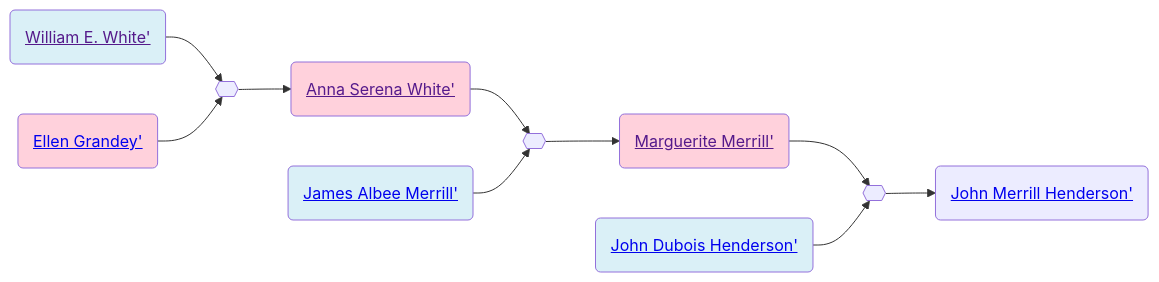
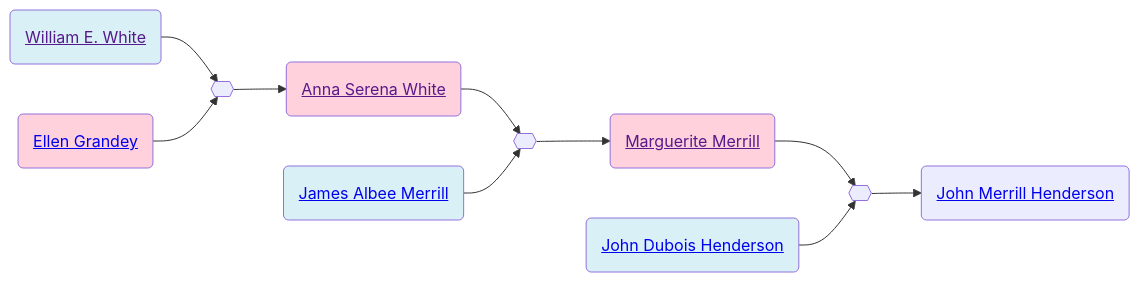
Before and after one commit to neelsmith/avocational: the second of 2 diagrams in familyhistory/sources/people/Merrill-line/White-line/William_E._White.qmd, drawn with Mermaid. The commit also changed other lines of this file and 96 other files, not shown here.

````diff
--- a/familyhistory/sources/people/Merrill-line/White-line/William_E._White.qmd
+++ b/familyhistory/sources/people/Merrill-line/White-line/William_E._White.qmd
@@ -73,26 +73,26 @@
 ```{mermaid}
 graph LR
 %% LR descendant diagram
 class William_E._White_and_Ellen_Grandey marriage
-William_E._White(<a href=''>William E. White'</>) --> William_E._White_and_Ellen_Grandey{{ }}
-Ellen_Grandey(<a href='./../Grandey-line/Ellen_Grandey.html'>Ellen Grandey'</>) --> William_E._White_and_Ellen_Grandey{{ }}
+William_E._White(<a href=''>William E. White</a>) --> William_E._White_and_Ellen_Grandey{{ }}
+Ellen_Grandey(<a href='./../Grandey-line/Ellen_Grandey.html'>Ellen Grandey</a>) --> William_E._White_and_Ellen_Grandey{{ }}
 class William_E._White father
 class Ellen_Grandey mother
-William_E._White_and_Ellen_Grandey{{ }} --> Anna_Serena_White(<a href='./Anna_Serena_White.html'>Anna Serena White'</>)
+William_E._White_and_Ellen_Grandey{{ }} --> Anna_Serena_White(<a href='./Anna_Serena_White.html'>Anna Serena White</a>)
 class Anna_Serena_White_and_James_Albee_Merrill marriage
-Anna_Serena_White(<a href=''>Anna Serena White'</>) --> Anna_Serena_White_and_James_Albee_Merrill{{ }}
-James_Albee_Merrill(<a href='./../James_Albee_Merrill.html'>James Albee Merrill'</>) --> Anna_Serena_White_and_James_Albee_Merrill{{ }}
+Anna_Serena_White(<a href=''>Anna Serena White</a>) --> Anna_Serena_White_and_James_Albee_Merrill{{ }}
+James_Albee_Merrill(<a href='./../James_Albee_Merrill.html'>James Albee Merrill</a>) --> Anna_Serena_White_and_James_Albee_Merrill{{ }}
 class James_Albee_Merrill father
 class Anna_Serena_White mother
-Anna_Serena_White_and_James_Albee_Merrill{{ }} --> Marguerite_Merrill(<a href='./../Marguerite_Merrill.html'>Marguerite Merrill'</>)
+Anna_Serena_White_and_James_Albee_Merrill{{ }} --> Marguerite_Merrill(<a href='./../Marguerite_Merrill.html'>Marguerite Merrill</a>)
 class Marguerite_Merrill_and_John_Dubois_Henderson marriage
-Marguerite_Merrill(<a href=''>Marguerite Merrill'</>) --> Marguerite_Merrill_and_John_Dubois_Henderson{{ }}
-John_Dubois_Henderson(<a href='./../Henderson-line/John_Dubois_Henderson.html'>John Dubois Henderson'</>) --> Marguerite_Merrill_and_John_Dubois_Henderson{{ }}
+Marguerite_Merrill(<a href=''>Marguerite Merrill</a>) --> Marguerite_Merrill_and_John_Dubois_Henderson{{ }}
+John_Dubois_Henderson(<a href='./../Henderson-line/John_Dubois_Henderson.html'>John Dubois Henderson</a>) --> Marguerite_Merrill_and_John_Dubois_Henderson{{ }}
 class John_Dubois_Henderson father
 class Marguerite_Merrill mother
-Marguerite_Merrill_and_John_Dubois_Henderson{{ }} --> John_Merrill_Henderson(<a href='./../Henderson-line/John_Merrill_Henderson.html'>John Merrill Henderson'</>)
+Marguerite_Merrill_and_John_Dubois_Henderson{{ }} --> John_Merrill_Henderson(<a href='./../Henderson-line/John_Merrill_Henderson.html'>John Merrill Henderson</a>)
 classDef mother fill:#ffd1dc
 classDef father fill:#daf0f7  
 classDef marriage fill:#ffffff
 
 ```
````
